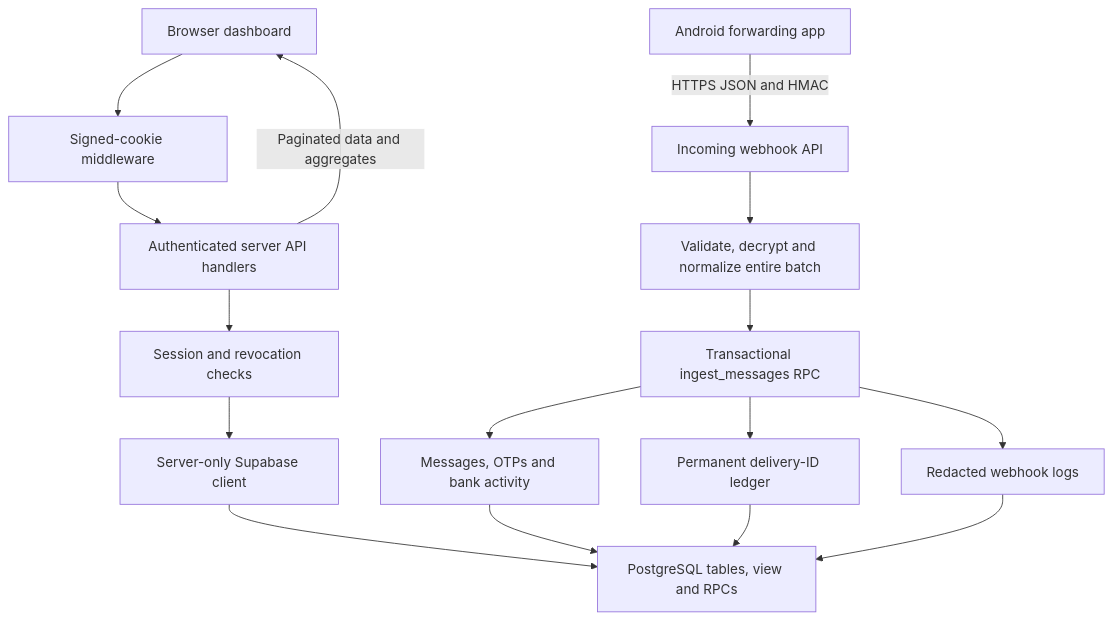
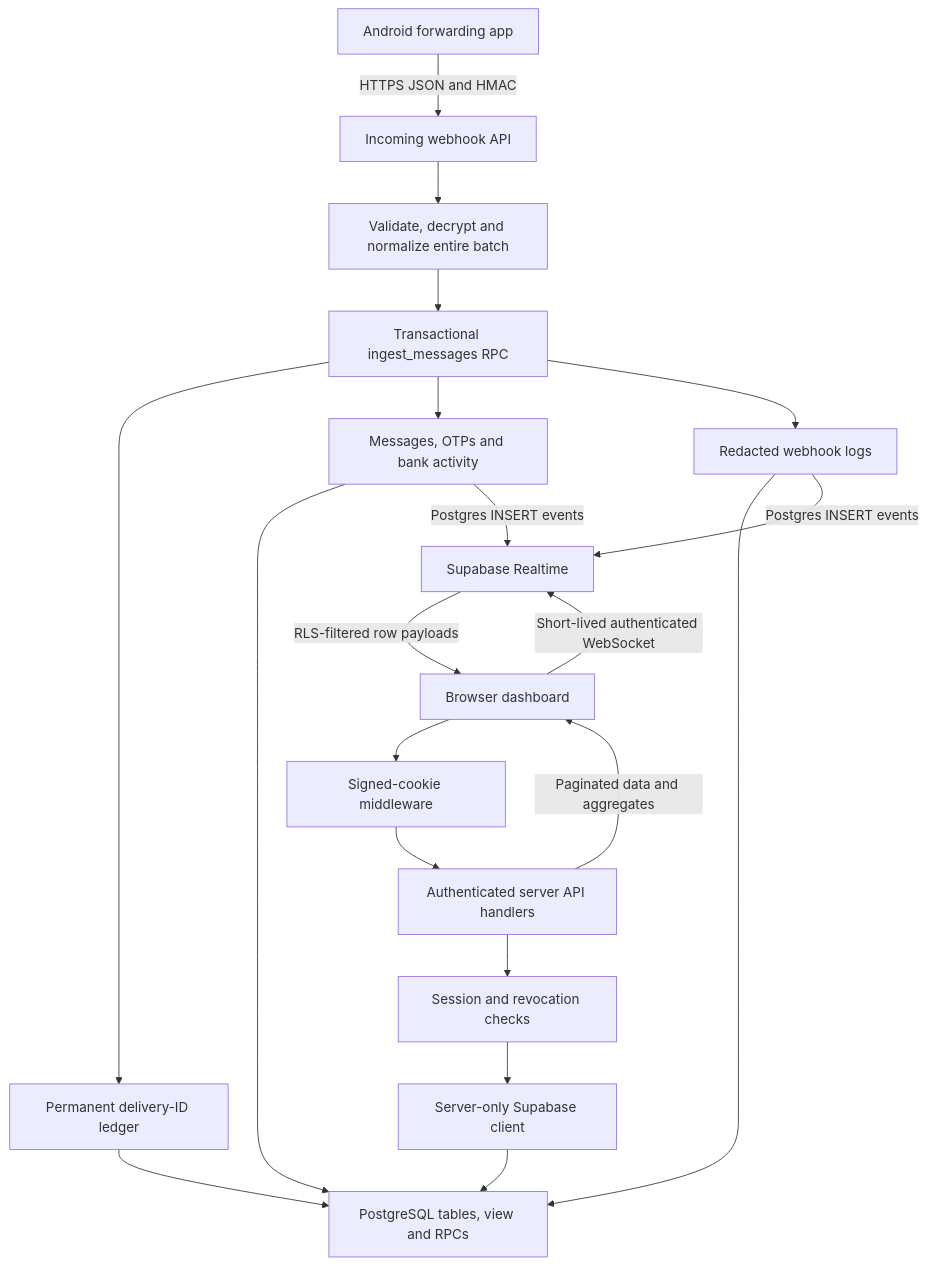
The first of 6 diagrams in README.md (workashish/Sms-Sync-Pro-Dashboard), drawn with Mermaid before and after one commit. The commit also changed other lines of this file and 28 other files, not shown here.

Commit message:
feat: stream dashboard updates with Supabase Realtime

````diff
--- a/README.md
+++ b/README.md
@@ -58,18 +59,22 @@
 ```mermaid
 flowchart TD
     Phone[Android forwarding app] -->|HTTPS JSON and HMAC| Webhook[Incoming webhook API]
     Webhook --> Normalize[Validate, decrypt and normalize entire batch]
     Normalize --> Ingest[Transactional ingest_messages RPC]
     Ingest --> Ledger[Permanent delivery-ID ledger]
     Ingest --> Messages[Messages, OTPs and bank activity]
     Ingest --> Audit[Redacted webhook logs]
     Browser[Browser dashboard] --> Middleware[Signed-cookie middleware]
     Middleware --> API[Authenticated server API handlers]
     API --> Session[Session and revocation checks]
     Session --> Service[Server-only Supabase client]
     Service --> DB[PostgreSQL tables, view and RPCs]
     Messages --> DB
     Ledger --> DB
     Audit --> DB
     API -->|Paginated data and aggregates| Browser
+    Browser -->|Short-lived authenticated WebSocket| Realtime[Supabase Realtime]
+    Messages -->|Postgres INSERT events| Realtime
+    Audit -->|Postgres INSERT events| Realtime
+    Realtime -->|RLS-filtered row payloads| Browser
 ```
````
